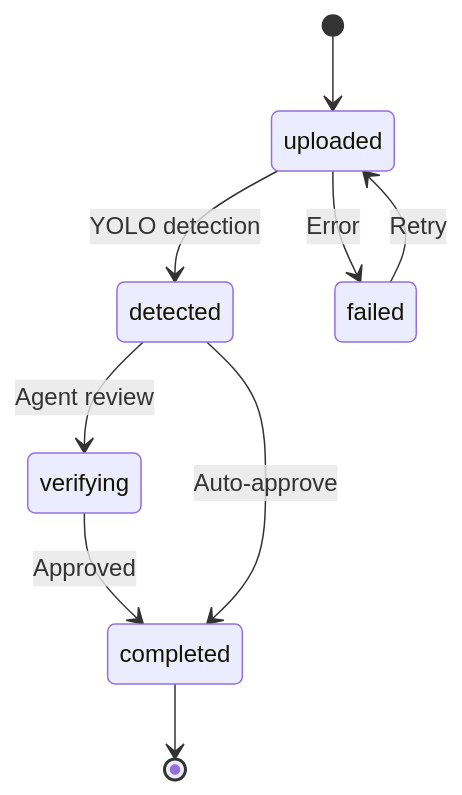
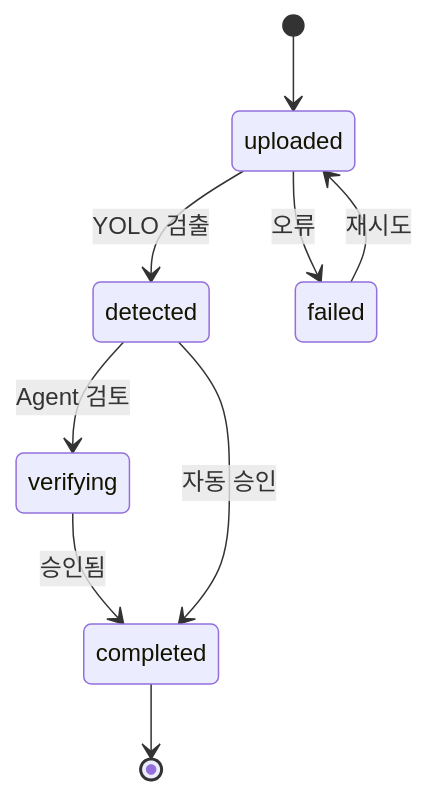
The second of 3 diagrams in docs-site/docs/batch-delivery/project-management.md (uprootai/AX_OCR), drawn with Mermaid before and after one commit. The commit also changed other lines of this file and 64 other files, not shown here.

````diff
--- a/docs-site/docs/batch-delivery/project-management.md
+++ b/docs-site/docs/batch-delivery/project-management.md
@@ -42,11 +42,11 @@
 ```mermaid
 stateDiagram-v2
     [*] --> uploaded
-    uploaded --> detected: YOLO detection
-    detected --> verifying: Agent review
-    verifying --> completed: Approved
-    detected --> completed: Auto-approve
-    uploaded --> failed: Error
-    failed --> uploaded: Retry
+    uploaded --> detected: YOLO 검출
+    detected --> verifying: Agent 검토
+    verifying --> completed: 승인됨
+    detected --> completed: 자동 승인
+    uploaded --> failed: 오류
+    failed --> uploaded: 재시도
     completed --> [*]
 ```
````
